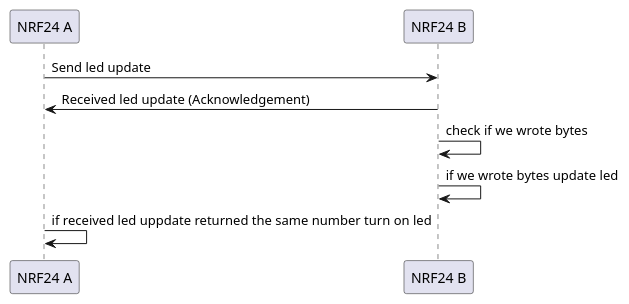
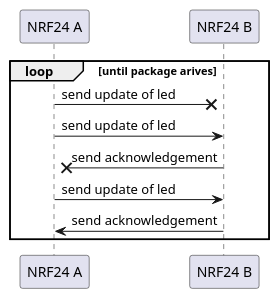
The diagram in docs/basic network sequence.puml (TKremer00/Synchronized-Leds), drawn with PlantUML before and after one commit.

Commit message:
Made diagram of current implementation

```diff
--- a/docs/basic network sequence.puml
+++ b/docs/basic network sequence.puml
@@ -1,13 +1,14 @@
-@startuml
+@startuml "First implementation"
 
 participant "NRF24 A" as nrfA
 participant "NRF24 B" as nrfB
 
-nrfA -> nrfB : Send led update
-nrfB -> nrfA : Received led update (Acknowledgement)
-nrfB -> nrfB : check if we wrote bytes
-nrfB -> nrfB : if we wrote bytes update led
-nrfA -> nrfA : if received led uppdate returned the same number turn on led
-
+loop until package arives
+nrfA -x nrfB : send update of led
+nrfA -> nrfB : send update of led
+nrfB -x nrfA : send acknowledgement
+nrfA -> nrfB : send update of led
+nrfB -> nrfA : send acknowledgement
+end
 
 @enduml
```
